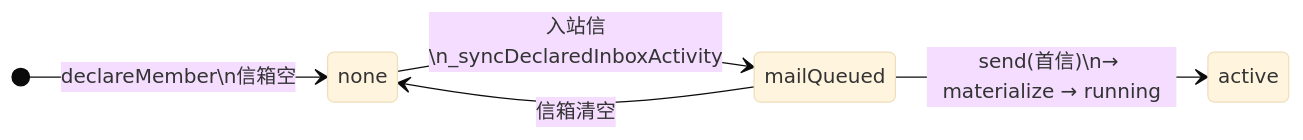
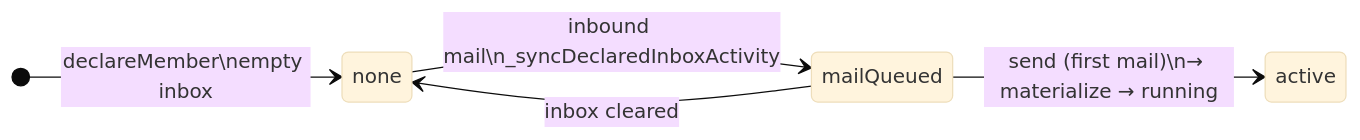
The third of 4 diagrams in docs/TEAM_BUS_MEMBER_STATE.md (hhoao/teampilot), drawn with Mermaid (base theme) before and after one commit. The commit also changed other lines of this file and 7 other files, not shown here.

````diff
--- a/docs/TEAM_BUS_MEMBER_STATE.md
+++ b/docs/TEAM_BUS_MEMBER_STATE.md
@@ -68,8 +67,8 @@
 ```mermaid
 stateDiagram-v2
   direction LR
-  [*] --> none: declareMember\n信箱空
-  none --> mailQueued: 入站信\n_syncDeclaredInboxActivity
-  mailQueued --> none: 信箱清空
-  mailQueued --> active: send(首信)\n→ materialize → running
+  [*] --> none: declareMember\nempty inbox
+  none --> mailQueued: inbound mail\n_syncDeclaredInboxActivity
+  mailQueued --> none: inbox cleared
+  mailQueued --> active: send (first mail)\n→ materialize → running
 ```
````
